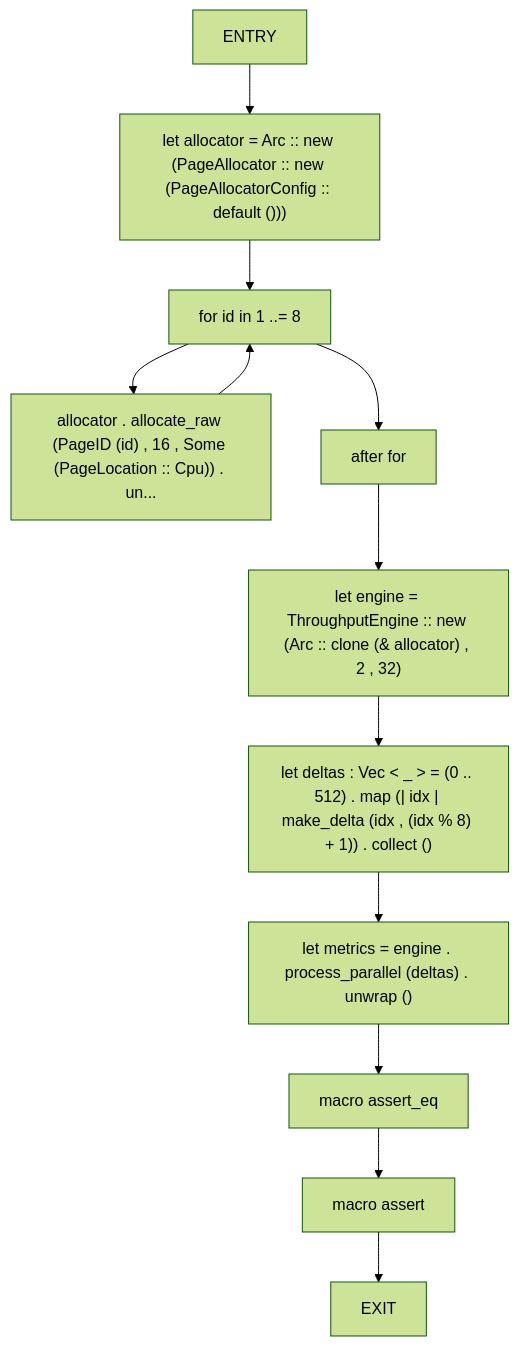
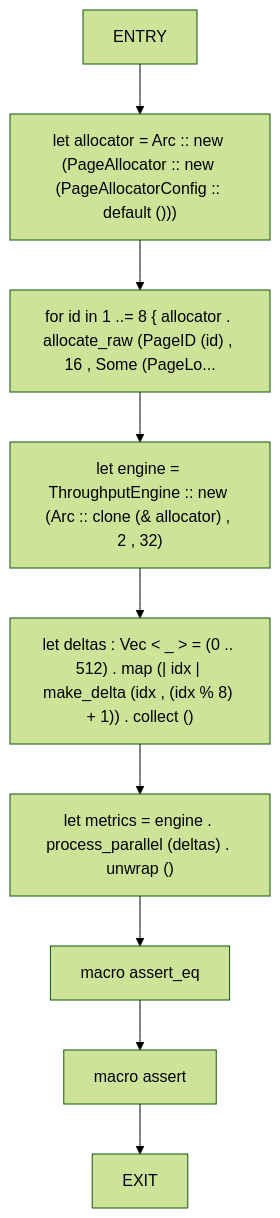
Before and after one commit to cicero-violate/MMSB: diagram 50 of 52 in docs/analysis/cfg/100-tests.md, drawn with Mermaid (forest theme). The commit also changed other lines of this file and 865 other files, not shown here.

````diff
--- a/docs/analysis/cfg/100-tests.md
+++ b/docs/analysis/cfg/100-tests.md
@@ -1501,25 +1293,20 @@
 ```mermaid
 flowchart TD
     throughput_engine_exceeds_minimum_rate_0["ENTRY"]
     throughput_engine_exceeds_minimum_rate_1["let allocator = Arc :: new (PageAllocator :: new (PageAllocatorConfig :: default ()))"]
-    throughput_engine_exceeds_minimum_rate_2["for id in 1 ..= 8"]
-    throughput_engine_exceeds_minimum_rate_3["allocator . allocate_raw (PageID (id) , 16 , Some (PageLocation :: Cpu)) . un..."]
-    throughput_engine_exceeds_minimum_rate_4["after for"]
-    throughput_engine_exceeds_minimum_rate_5["let engine = ThroughputEngine :: new (Arc :: clone (& allocator) , 2 , 32)"]
-    throughput_engine_exceeds_minimum_rate_6["let deltas : Vec < _ > = (0 .. 512) . map (| idx | make_delta (idx , (idx % 8) + 1)) . collect ()"]
-    throughput_engine_exceeds_minimum_rate_7["let metrics = engine . process_parallel (deltas) . unwrap ()"]
-    throughput_engine_exceeds_minimum_rate_8["macro assert_eq"]
-    throughput_engine_exceeds_minimum_rate_9["macro assert"]
-    throughput_engine_exceeds_minimum_rate_10["EXIT"]
+    throughput_engine_exceeds_minimum_rate_2["for id in 1 ..= 8 { allocator . allocate_raw (PageID (id) , 16 , Some (PageLo..."]
+    throughput_engine_exceeds_minimum_rate_3["let engine = ThroughputEngine :: new (Arc :: clone (& allocator) , 2 , 32)"]
+    throughput_engine_exceeds_minimum_rate_4["let deltas : Vec < _ > = (0 .. 512) . map (| idx | make_delta (idx , (idx % 8) + 1)) . collect ()"]
+    throughput_engine_exceeds_minimum_rate_5["let metrics = engine . process_parallel (deltas) . unwrap ()"]
+    throughput_engine_exceeds_minimum_rate_6["macro assert_eq"]
+    throughput_engine_exceeds_minimum_rate_7["macro assert"]
+    throughput_engine_exceeds_minimum_rate_8["EXIT"]
     throughput_engine_exceeds_minimum_rate_0 --> throughput_engine_exceeds_minimum_rate_1
     throughput_engine_exceeds_minimum_rate_1 --> throughput_engine_exceeds_minimum_rate_2
     throughput_engine_exceeds_minimum_rate_2 --> throughput_engine_exceeds_minimum_rate_3
-    throughput_engine_exceeds_minimum_rate_3 --> throughput_engine_exceeds_minimum_rate_2
-    throughput_engine_exceeds_minimum_rate_2 --> throughput_engine_exceeds_minimum_rate_4
+    throughput_engine_exceeds_minimum_rate_3 --> throughput_engine_exceeds_minimum_rate_4
     throughput_engine_exceeds_minimum_rate_4 --> throughput_engine_exceeds_minimum_rate_5
     throughput_engine_exceeds_minimum_rate_5 --> throughput_engine_exceeds_minimum_rate_6
     throughput_engine_exceeds_minimum_rate_6 --> throughput_engine_exceeds_minimum_rate_7
     throughput_engine_exceeds_minimum_rate_7 --> throughput_engine_exceeds_minimum_rate_8
-    throughput_engine_exceeds_minimum_rate_8 --> throughput_engine_exceeds_minimum_rate_9
-    throughput_engine_exceeds_minimum_rate_9 --> throughput_engine_exceeds_minimum_rate_10
 ```
````
